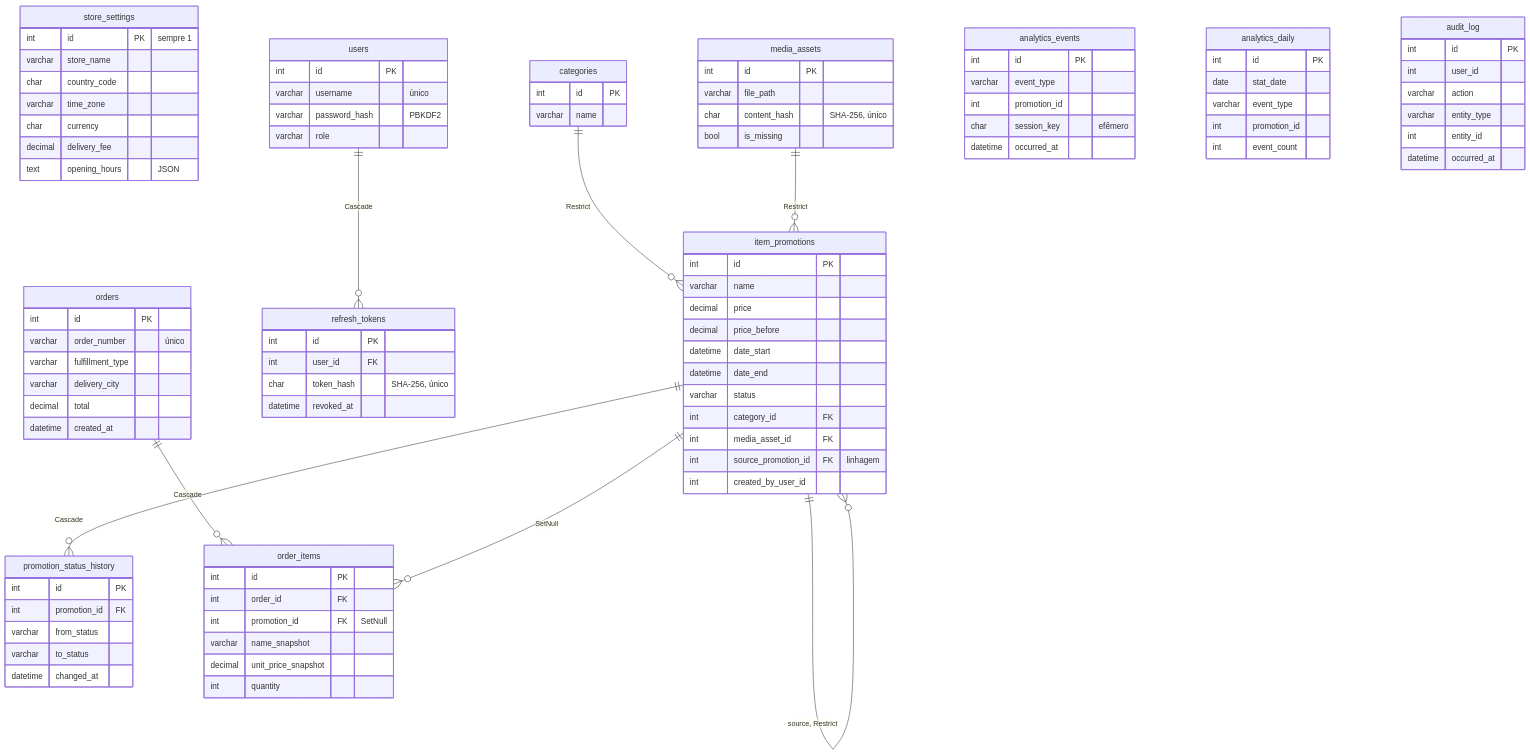
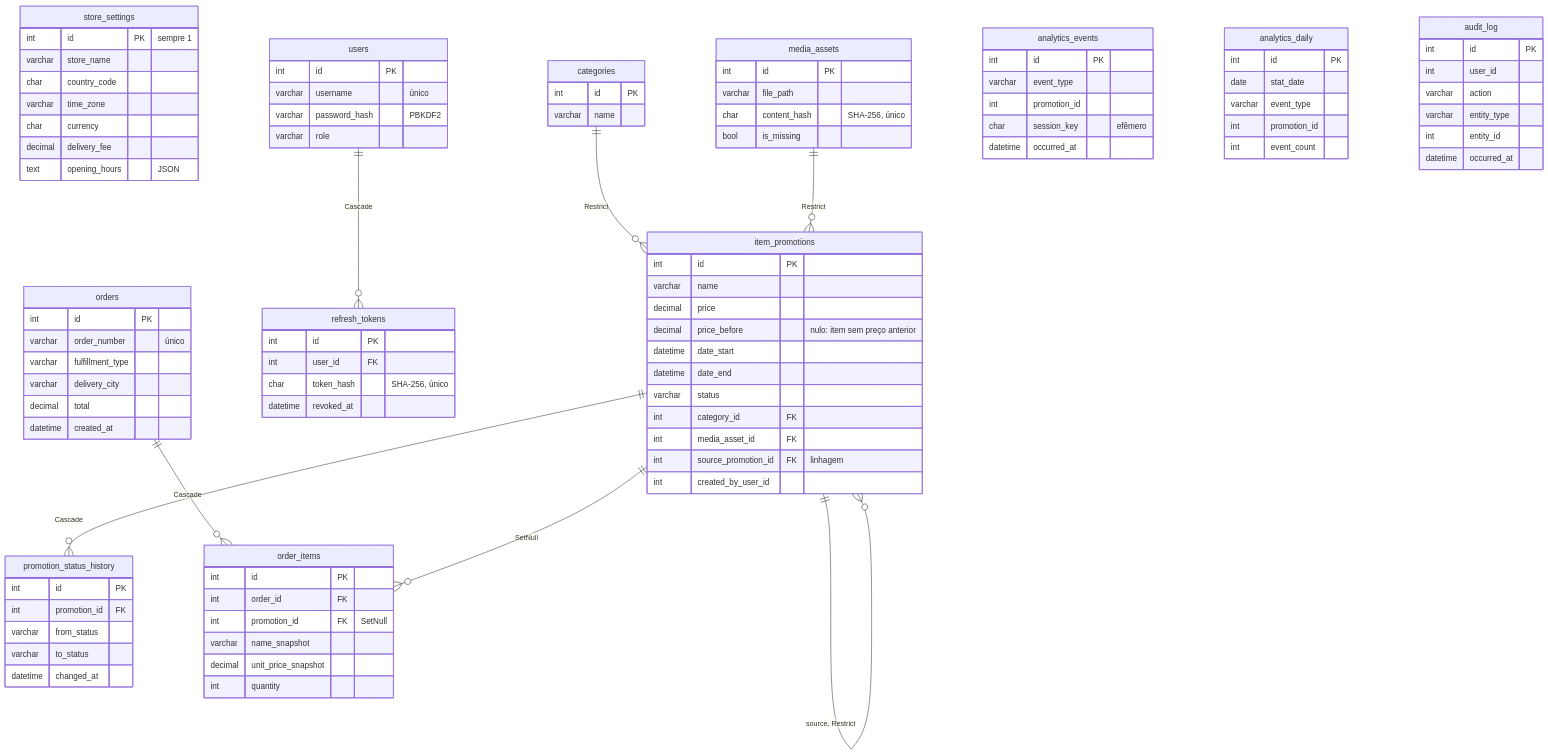
One commit to EduardoHAnacleto/Pharmacy-System changed the diagram in docs/MODELO_DE_DADOS.md. Above: the diagram before and after it, drawn with Mermaid. The commit also changed 13 other files, not shown here.

```diff
--- a/docs/MODELO_DE_DADOS.md
+++ b/docs/MODELO_DE_DADOS.md
@@ -31,7 +31,7 @@
         int id PK
         varchar name
         decimal price
-        decimal price_before
+        decimal price_before "nulo: item sem preço anterior"
         datetime date_start
         datetime date_end
         varchar status
```
